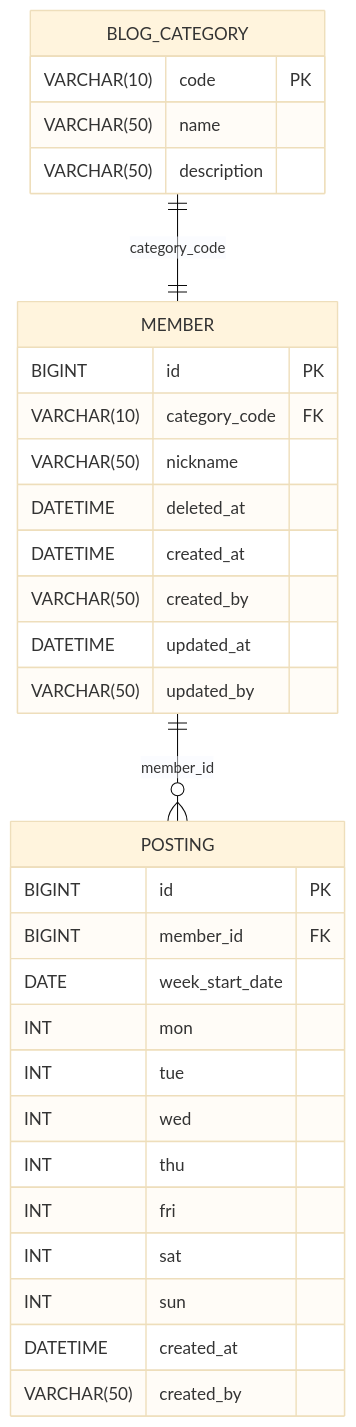
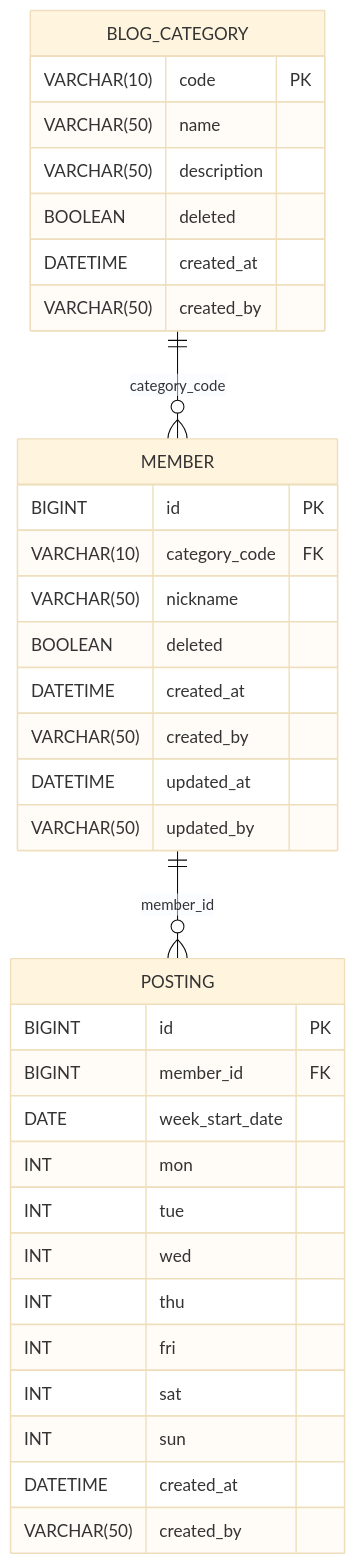
One commit to leejk0924/amazon2-backend changed the diagram in docs/ERD.md. Above: the diagram before and after it, drawn with Mermaid (base theme). The commit also changed 1 other file, not shown here.

Commit message:
Docs: 프로젝트 문서(README, ERD) 최신화
- update: 프로젝트 개요, 목표, 기술 스택 섹션 정리
- add: 로컬 및 운영 환경 프로파일(Profile) 설정 및 실행 절차 가이드
- add: Testcontainers 기반 테스트 환경 및 SQL 로깅 설정 설명
- add: API 명세 및 문서 링크 정보
- update: ERD 다이어그램 현행화 (schema 변경 사항 및 테이블 관계 반영)

````diff
--- a/docs/ERD.md
+++ b/docs/ERD.md
@@ -3,38 +3,41 @@
 ```mermaid
 erDiagram
 
     BLOG_CATEGORY {
         VARCHAR(10) code PK
         VARCHAR(50) name
         VARCHAR(50) description
+        BOOLEAN deleted
+        DATETIME created_at
+        VARCHAR(50) created_by
     }
 
     MEMBER {
         BIGINT id PK
         VARCHAR(10) category_code FK
         VARCHAR(50) nickname
-        DATETIME deleted_at
+        BOOLEAN deleted
         DATETIME created_at
         VARCHAR(50) created_by
         DATETIME updated_at
         VARCHAR(50) updated_by
     }
 
     POSTING {
         BIGINT id PK
         BIGINT member_id FK
         DATE week_start_date
         INT mon
         INT tue
         INT wed
         INT thu
         INT fri
         INT sat
         INT sun
         DATETIME created_at
         VARCHAR(50) created_by
     }
 
-    BLOG_CATEGORY ||--|| MEMBER : "category_code"
+    BLOG_CATEGORY ||--o{ MEMBER : "category_code"
     MEMBER ||--o{ POSTING : "member_id"
 ```
````
